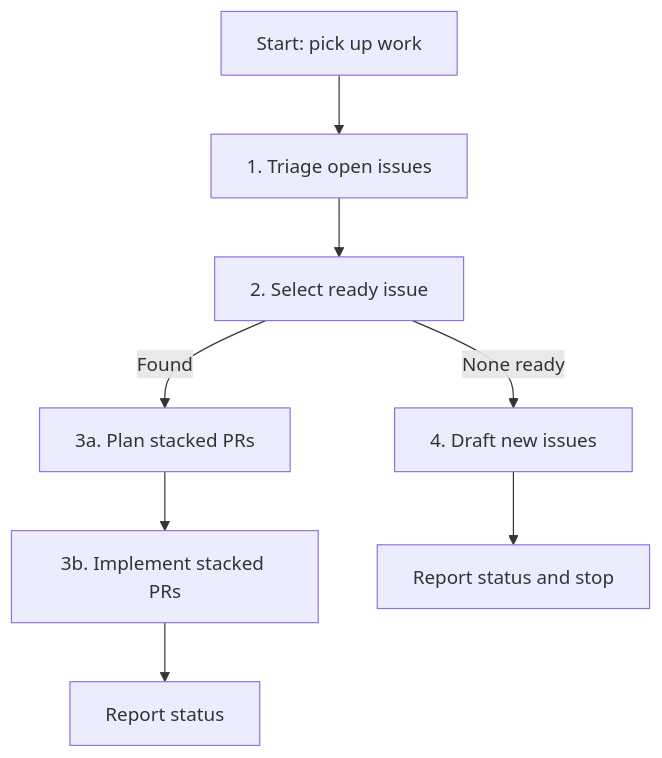
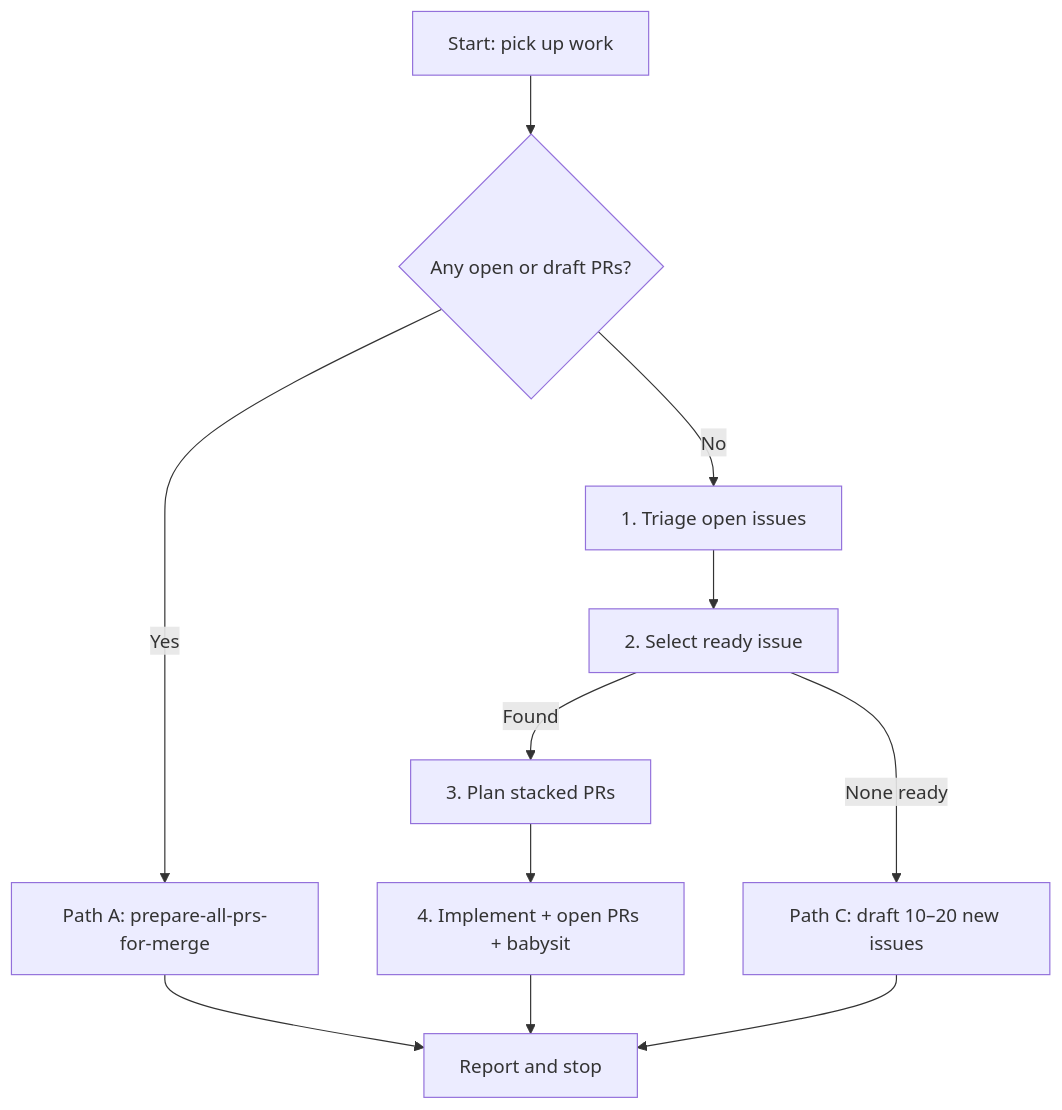
Before and after one commit to toadslop/rtl88x2bu-linux-driver: the diagram in .cursor/skills/pick-up-work-item/SKILL.md, drawn with Mermaid. The commit also changed other lines of this file and 6 other files, not shown here.

First line of the commit message:
Restructure pick-up-work-item into three exclusive paths

````diff
--- a/.cursor/skills/pick-up-work-item/SKILL.md
+++ b/.cursor/skills/pick-up-work-item/SKILL.md
@@ -43,10 +51,13 @@
 ```mermaid
 flowchart TD
-  A[Start: pick up work] --> B[1. Triage open issues]
-  B --> C[2. Select ready issue]
-  C -->|Found| D[3a. Plan stacked PRs]
-  D --> E[3b. Implement stacked PRs]
-  C -->|None ready| F[4. Draft new issues]
-  E --> G[Report status]
-  F --> H[Report status and stop]
+  A[Start: pick up work] --> B{Any open or draft PRs?}
+  B -->|Yes| C[Path A: prepare-all-prs-for-merge]
+  C --> Z[Report and stop]
+  B -->|No| D[1. Triage open issues]
+  D --> E[2. Select ready issue]
+  E -->|Found| F[3. Plan stacked PRs]
+  F --> G[4. Implement + open PRs + babysit]
+  G --> Z
+  E -->|None ready| H[Path C: draft 10–20 new issues]
+  H --> Z
 ```
````
